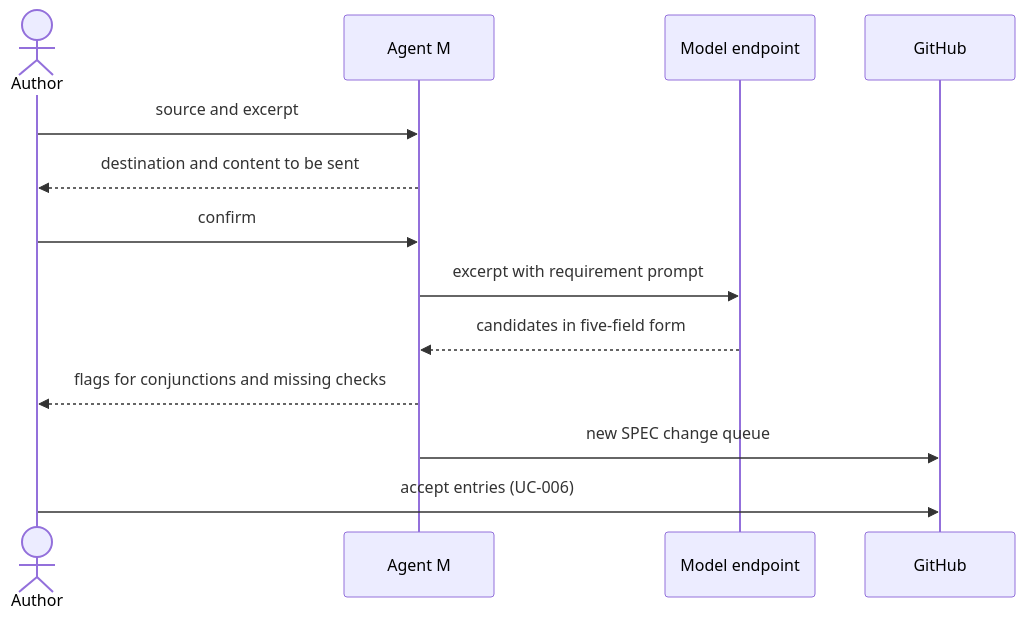
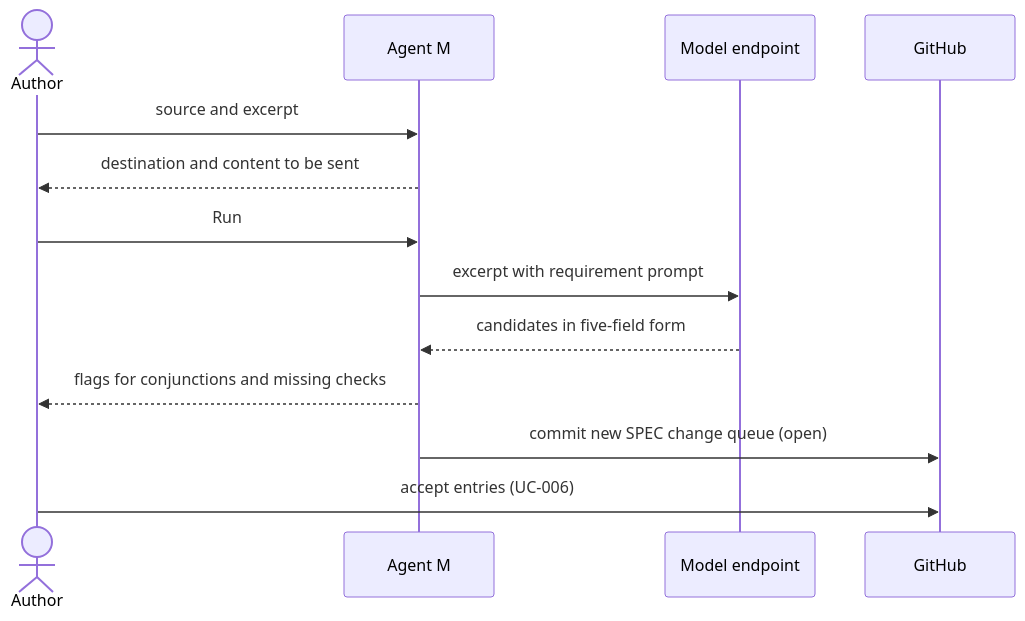
The diagram in docs/use-cases/UC-005-derive-requirements-from-a-source.md (akmaier/agent-m), drawn with Mermaid before and after one commit. The commit also changed other lines of this file and 11 other files, not shown here.

````diff
--- a/docs/use-cases/UC-005-derive-requirements-from-a-source.md
+++ b/docs/use-cases/UC-005-derive-requirements-from-a-source.md
@@ -48,15 +51,15 @@
 ```mermaid
 sequenceDiagram
     actor A as Author
     participant M as Agent M
     participant E as Model endpoint
     participant G as GitHub
     A->>M: source and excerpt
     M-->>A: destination and content to be sent
-    A->>M: confirm
+    A->>M: Run
     M->>E: excerpt with requirement prompt
     E-->>M: candidates in five-field form
     M-->>A: flags for conjunctions and missing checks
-    M->>G: new SPEC change queue
+    M->>G: commit new SPEC change queue (open)
     A->>G: accept entries (UC-006)
 ```
````
